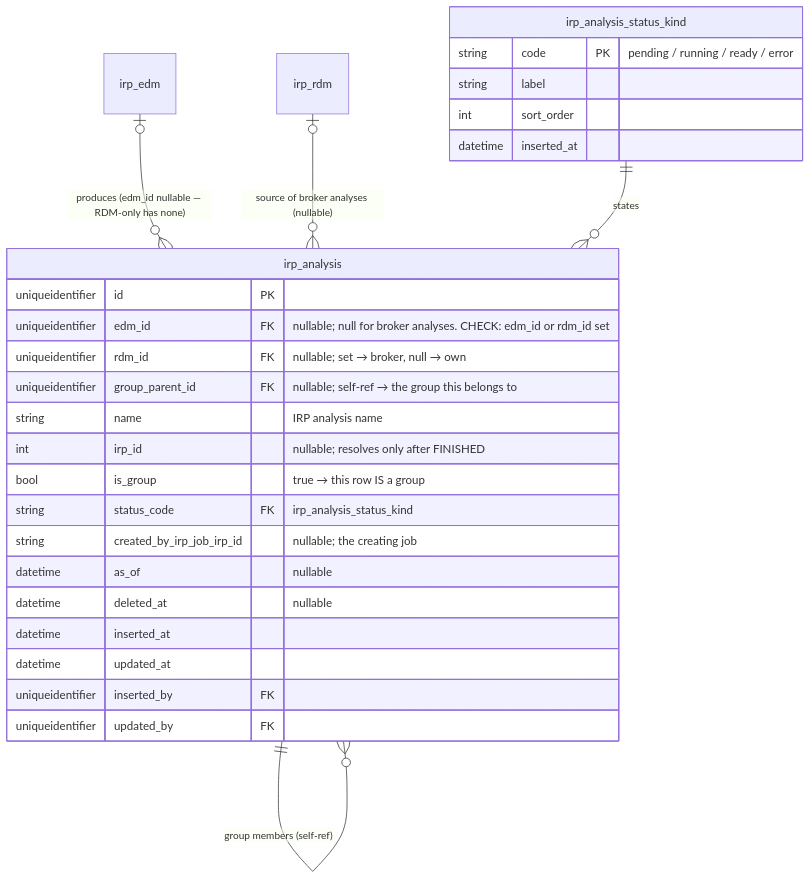
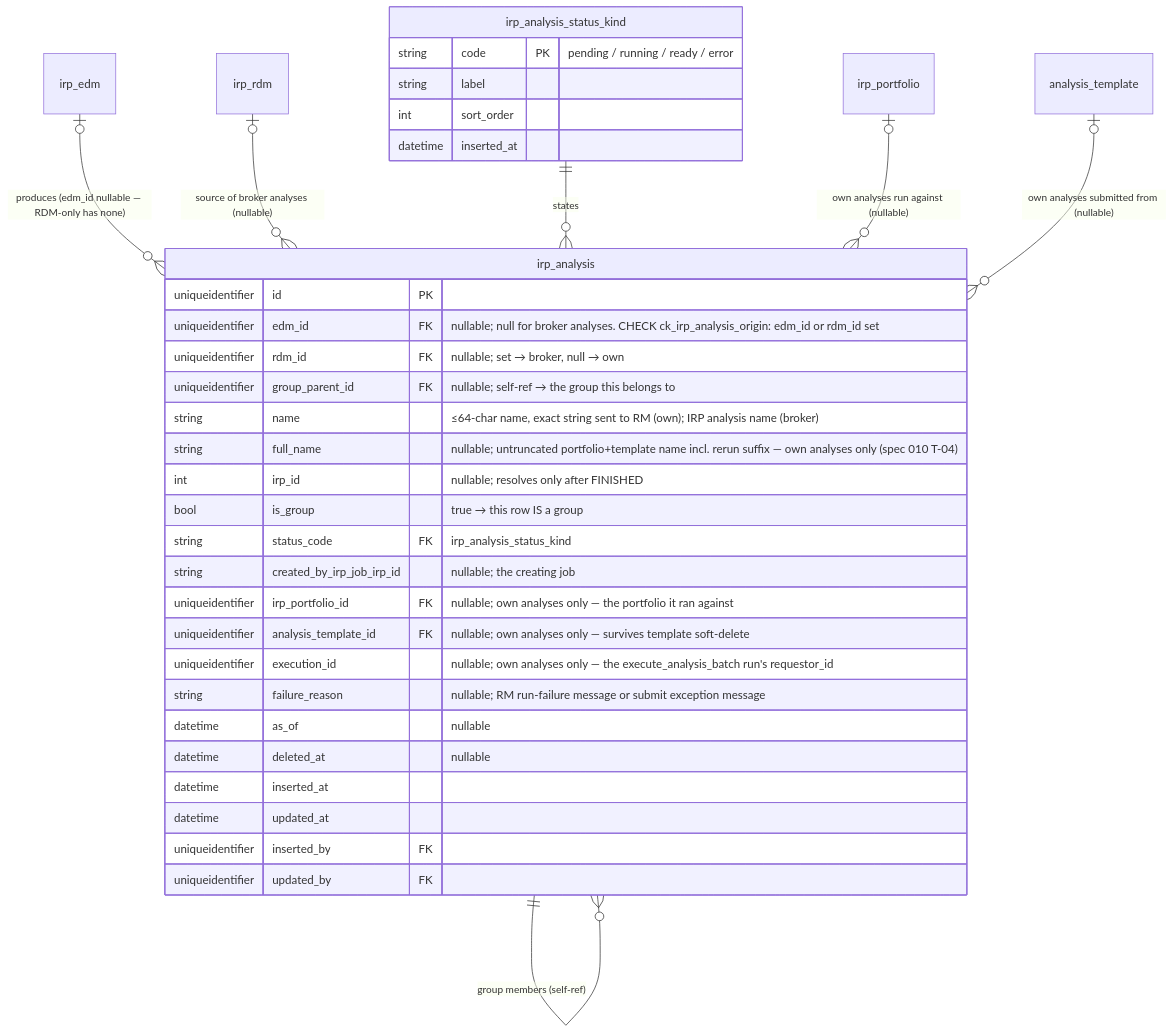
The fourth of 9 diagrams in docs/DATA_MODEL.md (anilvenugopal/risk-workbench), drawn with Mermaid before and after one commit. The commit also changed other lines of this file and 12 other files, not shown here.

````diff
--- a/docs/DATA_MODEL.md
+++ b/docs/DATA_MODEL.md
@@ -262,31 +262,39 @@
 ```mermaid
 erDiagram
   irp_edm |o--o{ irp_analysis : "produces (edm_id nullable — RDM-only has none)"
   irp_rdm |o--o{ irp_analysis : "source of broker analyses (nullable)"
   irp_analysis ||--o{ irp_analysis : "group members (self-ref)"
   irp_analysis_status_kind ||--o{ irp_analysis : states
 
+  irp_portfolio |o--o{ irp_analysis : "own analyses run against (nullable)"
+  analysis_template |o--o{ irp_analysis : "own analyses submitted from (nullable)"
+
   irp_analysis {
     uniqueidentifier id PK
-    uniqueidentifier edm_id FK "nullable; null for broker analyses. CHECK: edm_id or rdm_id set"
+    uniqueidentifier edm_id FK "nullable; null for broker analyses. CHECK ck_irp_analysis_origin: edm_id or rdm_id set"
     uniqueidentifier rdm_id FK "nullable; set → broker, null → own"
     uniqueidentifier group_parent_id FK "nullable; self-ref → the group this belongs to"
-    string name "IRP analysis name"
+    string name "≤64-char name, exact string sent to RM (own); IRP analysis name (broker)"
+    string full_name "nullable; untruncated portfolio+template name incl. rerun suffix — own analyses only (spec 010 T-04)"
     int irp_id "nullable; resolves only after FINISHED"
     bool is_group "true → this row IS a group"
     string status_code FK "irp_analysis_status_kind"
     string created_by_irp_job_irp_id "nullable; the creating job"
+    uniqueidentifier irp_portfolio_id FK "nullable; own analyses only — the portfolio it ran against"
+    uniqueidentifier analysis_template_id FK "nullable; own analyses only — survives template soft-delete"
+    uniqueidentifier execution_id "nullable; own analyses only — the execute_analysis_batch run's requestor_id"
+    string failure_reason "nullable; RM run-failure message or submit exception message"
     datetime as_of "nullable"
     datetime deleted_at "nullable"
     datetime inserted_at
     datetime updated_at
     uniqueidentifier inserted_by FK
     uniqueidentifier updated_by FK
   }
   irp_analysis_status_kind {
     string code PK "pending / running / ready / error"
     string label
     int sort_order
     datetime inserted_at
   }
 ```
````
